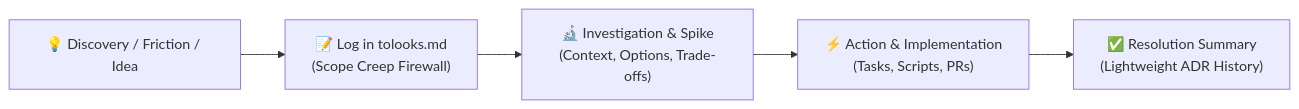
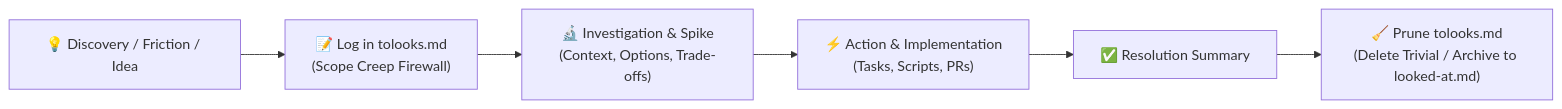
The diagram in docs/seeded/tolooks/readme.md (TarasMazepa/welcome-to-monoapp), drawn with Mermaid before and after one commit. The commit also changed other lines of this file and 2 other files, not shown here.

````diff
--- a/docs/seeded/tolooks/readme.md
+++ b/docs/seeded/tolooks/readme.md
@@ -15,7 +15,8 @@
 ```mermaid
 flowchart LR
     A["💡 Discovery / Friction / Idea"] --> B["📝 Log in tolooks.md<br/>(Scope Creep Firewall)"]
     B --> C["🔬 Investigation & Spike<br/>(Context, Options, Trade-offs)"]
     C --> D["⚡ Action & Implementation<br/>(Tasks, Scripts, PRs)"]
-    D --> E["✅ Resolution Summary<br/>(Lightweight ADR History)"]
+    D --> E["✅ Resolution Summary"]
+    E --> F["🧹 Prune tolooks.md<br/>(Delete Trivial / Archive to looked-at.md)"]
 ```
````
